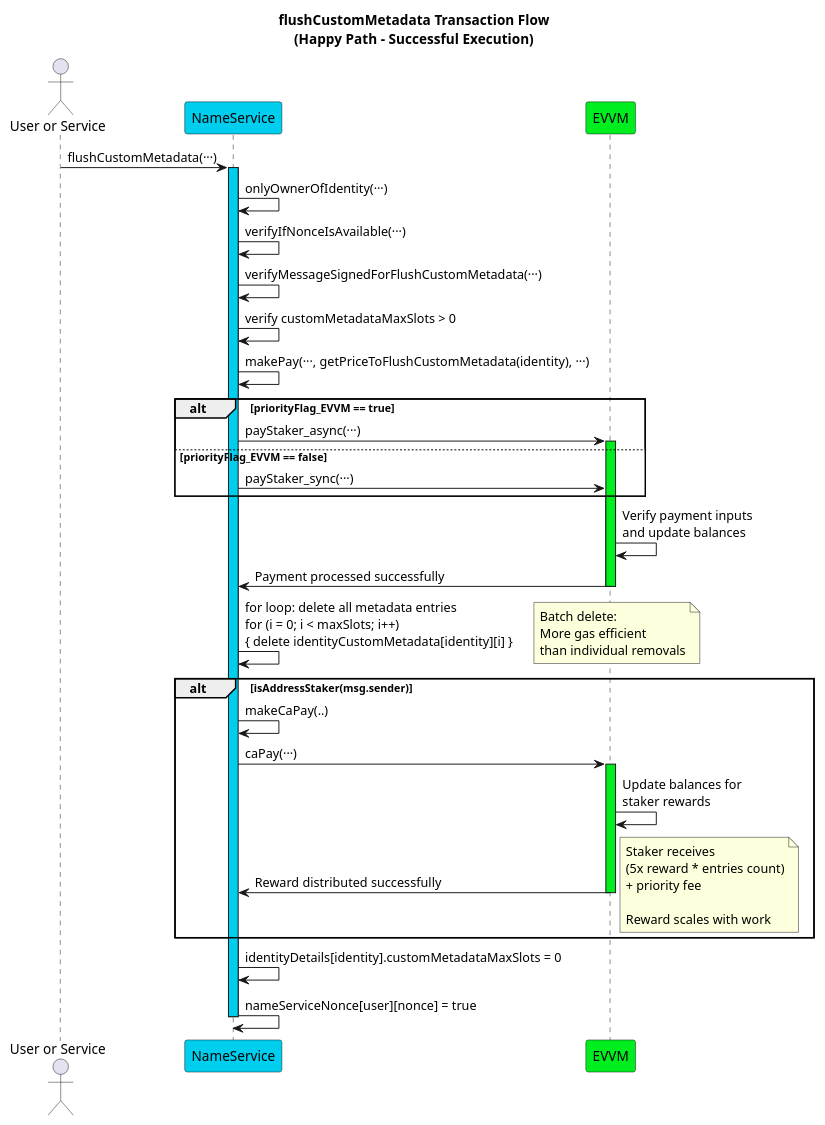
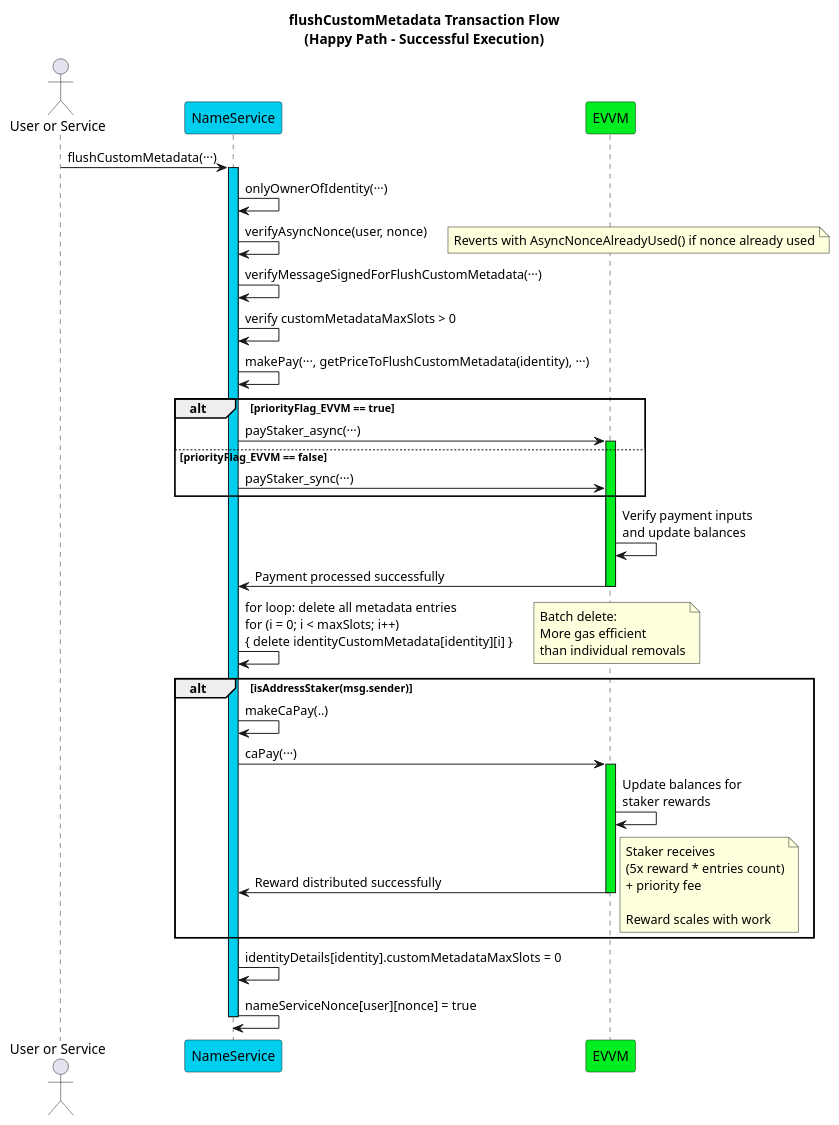
Before and after one commit to EVVM-org/documentation-website: the diagram in docs/04-Contracts/02-NameService/03-CustomMetadataFunctions/img/_plantUML/03flushCustomMetadata/flushCustomMetadata_HappyPath.puml, drawn with PlantUML. The commit also changed 134 other files, not shown here.

```diff
--- a/docs/04-Contracts/02-NameService/03-CustomMetadataFunctions/img/_plantUML/03flushCustomMetadata/flushCustomMetadata_HappyPath.puml
+++ b/docs/04-Contracts/02-NameService/03-CustomMetadataFunctions/img/_plantUML/03flushCustomMetadata/flushCustomMetadata_HappyPath.puml
@@ -1,63 +1,64 @@
 @startuml
 
 <style>
 document {
     BackGroundColor white
 }
 </style>
 
 actor "User or Service" as user
 participant "NameService" as nameService #00CEEE
 participant "EVVM" as evvm #00EE20
 
 title flushCustomMetadata Transaction Flow\n(Happy Path - Successful Execution)
 
 note right : Remove ALL metadata entries\nMore gas-efficient than individual removal\n\nBulk delete operation
 
 user -> nameService : flushCustomMetadata(···)
 
 activate nameService #00CEEE
 
 nameService -> nameService : onlyOwnerOfIdentity(···)
 
-nameService -> nameService : verifyIfNonceIsAvailable(···)
+nameService -> nameService : verifyAsyncNonce(user, nonce)
+    note right : Reverts with AsyncNonceAlreadyUsed() if nonce already used
 
 nameService -> nameService : verifyMessageSignedForFlushCustomMetadata(···)
 
 nameService -> nameService : verify customMetadataMaxSlots > 0
 
 nameService -> nameService : makePay(···, getPriceToFlushCustomMetadata(identity), ···)
 
 alt #white priorityFlag_EVVM == true
     nameService -> evvm : payStaker_async(···)
     activate evvm #00EE20
 else #white priorityFlag_EVVM == false
     nameService -> evvm : payStaker_sync(···)
 end
 
 evvm -> evvm : Verify payment inputs\nand update balances
 evvm -> nameService : Payment processed successfully
 deactivate evvm
 
 nameService -> nameService : for loop: delete all metadata entries\nfor (i = 0; i < maxSlots; i++)\n{ delete identityCustomMetadata[identity][i] }
 note right : Batch delete:\nMore gas efficient\nthan individual removals
 
 alt #white isAddressStaker(msg.sender)
     nameService -> nameService : makeCaPay(..)
     
     nameService -> evvm : caPay(···)
     activate evvm #00EE20
     evvm -> evvm : Update balances for\nstaker rewards
     evvm -> nameService : Reward distributed successfully
     deactivate evvm
     
     note right : Staker receives\n(5x reward * entries count)\n+ priority fee\n\nReward scales with work
 end
 
 nameService -> nameService : identityDetails[identity].customMetadataMaxSlots = 0
 
 nameService -> nameService : nameServiceNonce[user][nonce] = true
 
 deactivate nameService
 
 @enduml
```
